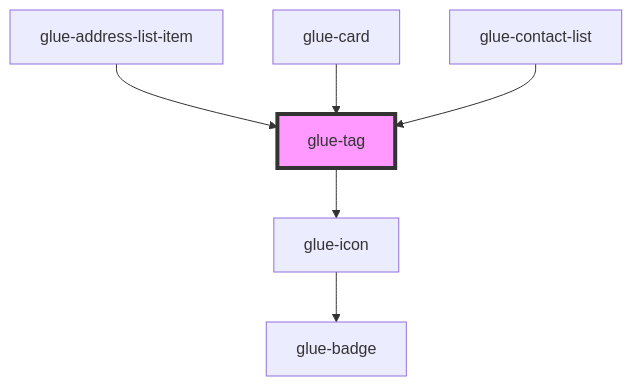
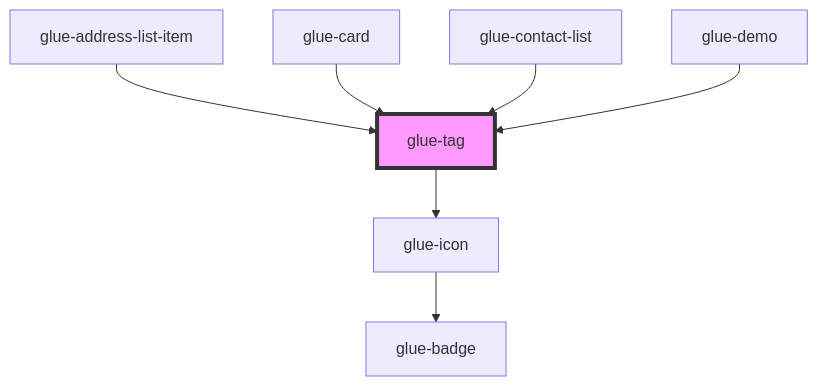
One commit to grasilife/glue changed the diagram in packages/glue-components/src/components/glue-tag/readme.md. Above: the diagram before and after it, drawn with Mermaid. The commit also changed other lines of this file and 13 other files, not shown here.

````diff
--- a/packages/glue-components/src/components/glue-tag/readme.md
+++ b/packages/glue-components/src/components/glue-tag/readme.md
@@ -44,9 +44,10 @@
 ```mermaid
 graph TD;
   glue-tag --> glue-icon
   glue-icon --> glue-badge
   glue-address-list-item --> glue-tag
   glue-card --> glue-tag
   glue-contact-list --> glue-tag
+  glue-demo --> glue-tag
   style glue-tag fill:#f9f,stroke:#333,stroke-width:4px
 ```
````
